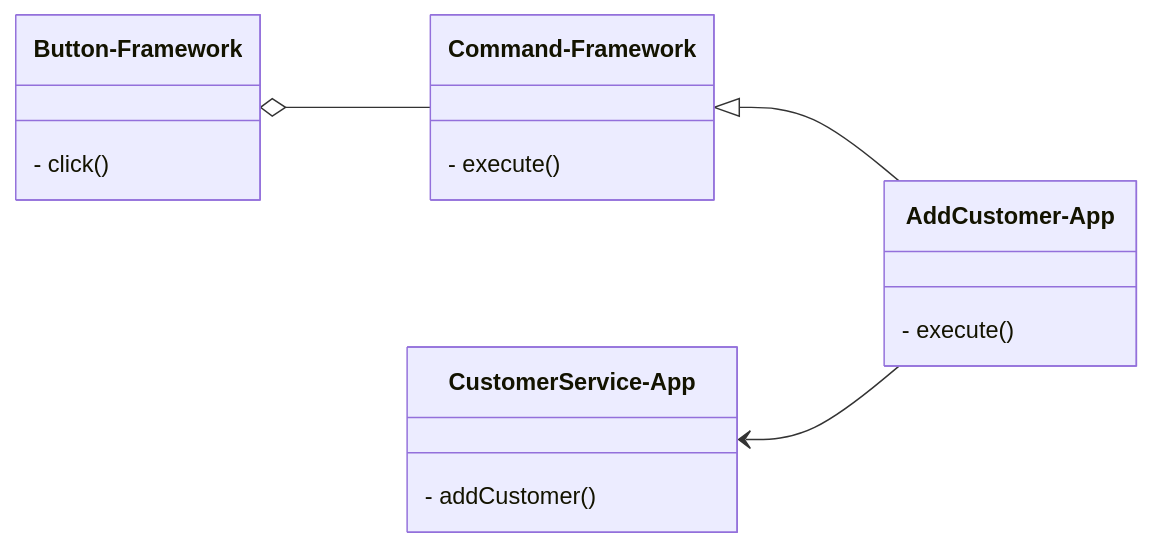
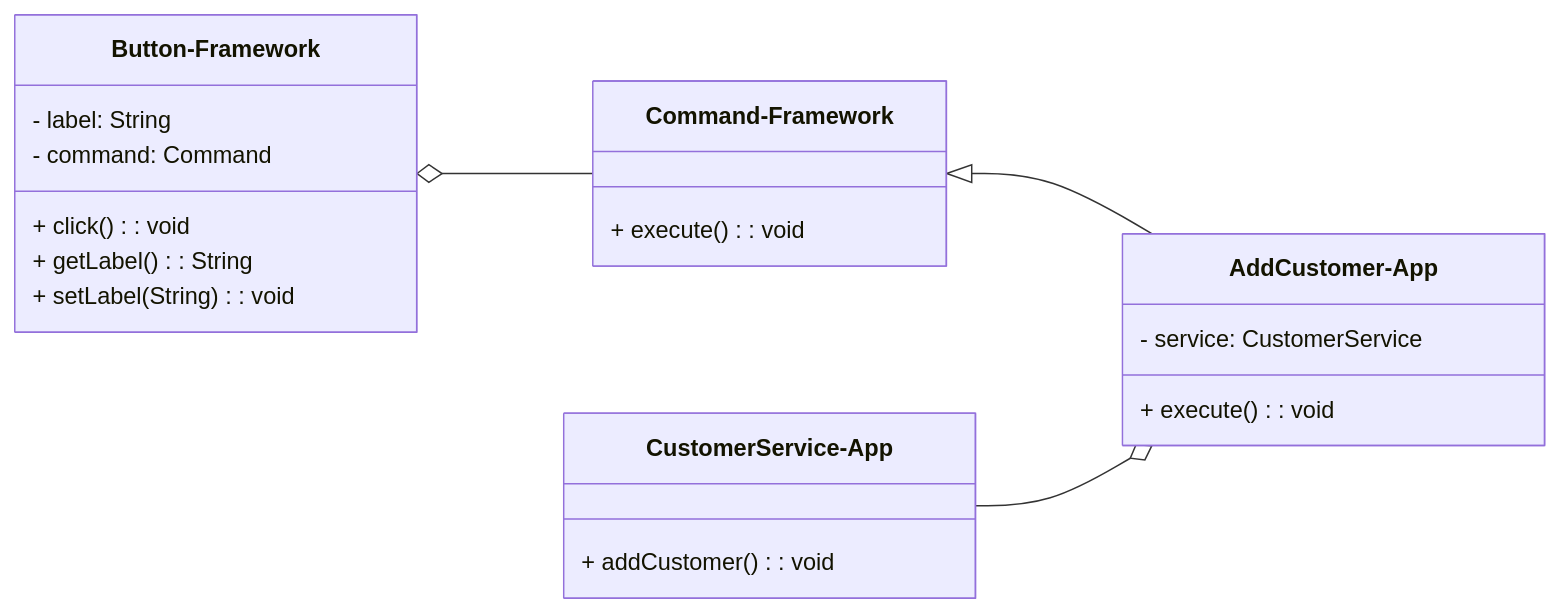
Diagram 16 of 17 in README.md (bidursapkota00/Design-Patterns), drawn with Mermaid before and after one commit. The commit also changed other lines of this file, not shown here.

Commit message:
command pattern example1 complete

````diff
--- a/README.md
+++ b/README.md
@@ -1380,24 +1380,29 @@
 ```mermaid
 %%{init: { "flowchart": { "rankSpacing": 100, "nodeSpacing": 100 }}}%%
 classDiagram
 direction LR
 class Button-Framework {
-    - click()
+    - label: String
+    - command: Command
+    + click(): void
+    + getLabel(): String
+    + setLabel(String): void
 }
 
 class Command-Framework {
-    - execute()
+    + execute(): void
 }
 
 class AddCustomer-App {
-    - execute()
+    - service: CustomerService
+    + execute(): void
 }
 
 class CustomerService-App {
-    - addCustomer()
+    + addCustomer(): void
 }
 
 Button-Framework  o--  Command-Framework
 Command-Framework <|-- AddCustomer-App
-CustomerService-App <-- AddCustomer-App
+CustomerService-App --o AddCustomer-App
 ```
````
